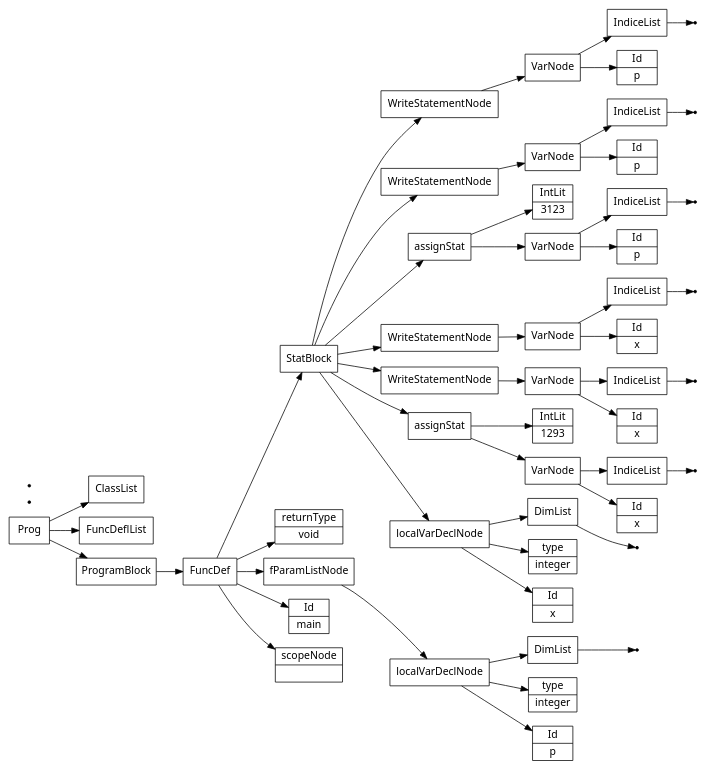
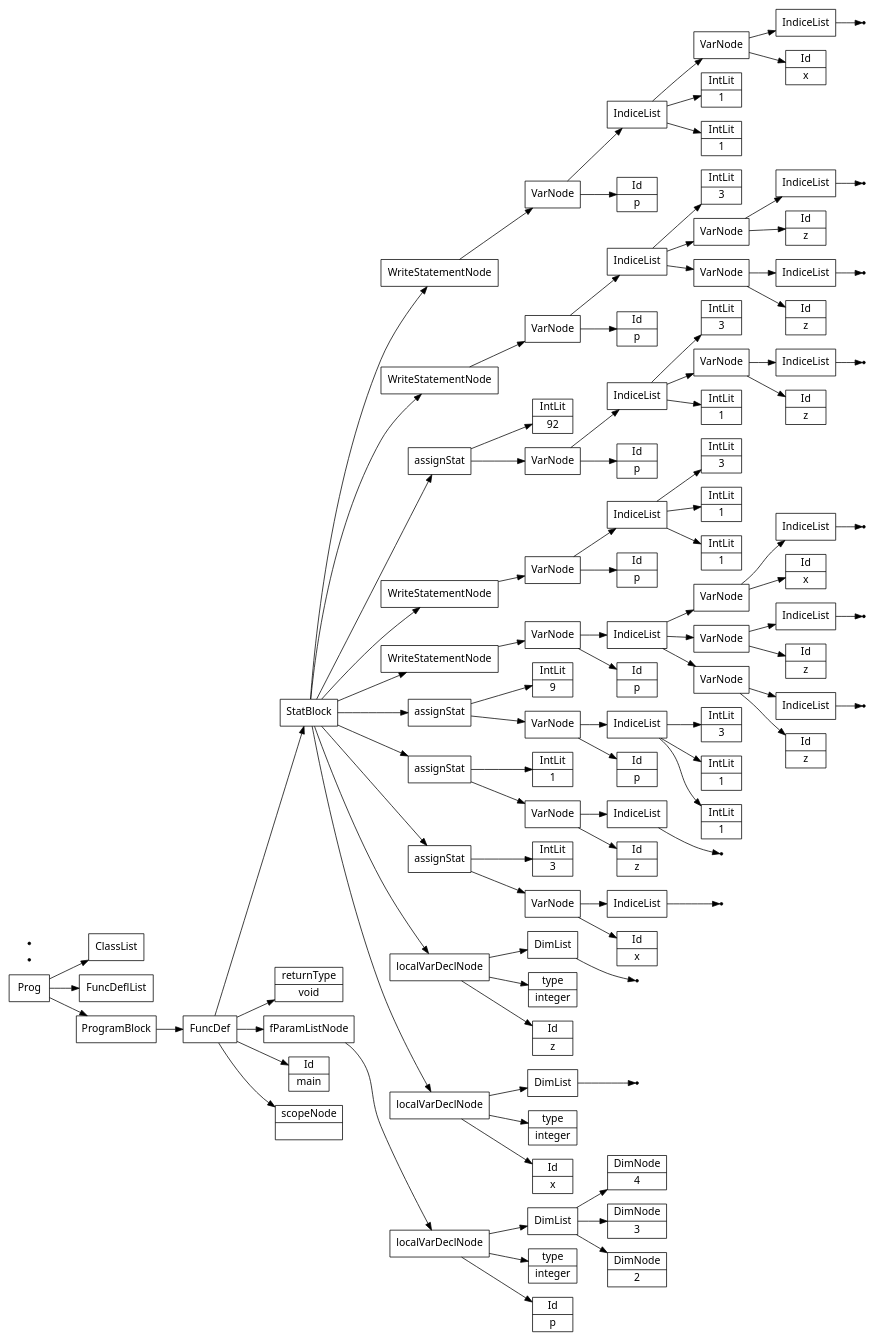
The diagram in files/semantictests/testc.src.ast.dot (Saf1u/Kompiler), drawn with Graphviz before and after one commit. The commit also changed 8 other files, not shown here.

```diff
--- a/files/semantictests/testc.src.ast.dot
+++ b/files/semantictests/testc.src.ast.dot
@@ -4,106 +4,210 @@
 1[label="scopeNode| "];
 3[label="Id|p"];
 4[label="type|integer"];
-none6[shape="point"];
-7[label="DimList"];
-7->none6;
-8[label="localVarDeclNode"];
-8->7;
-8->4;
-8->3;
-9[label="fParamListNode"];
+6[label="DimNode|2"];
+7[label="DimNode|3"];
+8[label="DimNode|4"];
+9[label="DimList"];
 9->8;
-10[label="returnType|void"];
-12[label="Id|x"];
-13[label="type|integer"];
-none15[shape="point"];
-16[label="DimList"];
-16->none15;
-17[label="localVarDeclNode"];
-17->16;
-17->13;
-17->12;
-18[label="Id|x"];
-none20[shape="point"];
-21[label="IndiceList"];
-21->none20;
-22[label="VarNode"];
-22->21;
-22->18;
-23[label="IntLit|1293"];
-24[label="assignStat"];
-24->23;
-24->22;
-25[label="Id|x"];
-none27[shape="point"];
-28[label="IndiceList"];
-28->none27;
-29[label="VarNode"];
-29->28;
-29->25;
-30[label="WriteStatementNode"];
+9->7;
+9->6;
+10[label="localVarDeclNode"];
+10->9;
+10->4;
+10->3;
+11[label="fParamListNode"];
+11->10;
+12[label="returnType|void"];
+14[label="Id|x"];
+15[label="type|integer"];
+none17[shape="point"];
+18[label="DimList"];
+18->none17;
+19[label="localVarDeclNode"];
+19->18;
+19->15;
+19->14;
+20[label="Id|z"];
+21[label="type|integer"];
+none23[shape="point"];
+24[label="DimList"];
+24->none23;
+25[label="localVarDeclNode"];
+25->24;
+25->21;
+25->20;
+26[label="Id|x"];
+none28[shape="point"];
+29[label="IndiceList"];
+29->none28;
+30[label="VarNode"];
 30->29;
-31[label="Id|x"];
-none33[shape="point"];
-34[label="IndiceList"];
-34->none33;
-35[label="VarNode"];
-35->34;
-35->31;
-36[label="WriteStatementNode"];
-36->35;
-37[label="Id|p"];
-none39[shape="point"];
-40[label="IndiceList"];
-40->none39;
-41[label="VarNode"];
-41->40;
-41->37;
-42[label="IntLit|3123"];
-43[label="assignStat"];
-43->42;
-43->41;
-44[label="Id|p"];
-none46[shape="point"];
-47[label="IndiceList"];
-47->none46;
-48[label="VarNode"];
+30->26;
+31[label="IntLit|3"];
+32[label="assignStat"];
+32->31;
+32->30;
+33[label="Id|z"];
+none35[shape="point"];
+36[label="IndiceList"];
+36->none35;
+37[label="VarNode"];
+37->36;
+37->33;
+38[label="IntLit|1"];
+39[label="assignStat"];
+39->38;
+39->37;
+40[label="Id|p"];
+42[label="IntLit|1"];
+43[label="IntLit|1"];
+44[label="IntLit|3"];
+45[label="IndiceList"];
+45->44;
+45->43;
+45->42;
+46[label="VarNode"];
+46->45;
+46->40;
+47[label="IntLit|9"];
+48[label="assignStat"];
 48->47;
-48->44;
-49[label="WriteStatementNode"];
-49->48;
-50[label="Id|p"];
-none52[shape="point"];
-53[label="IndiceList"];
-53->none52;
-54[label="VarNode"];
-54->53;
-54->50;
-55[label="WriteStatementNode"];
+48->46;
+49[label="Id|p"];
+51[label="Id|z"];
+none53[shape="point"];
+54[label="IndiceList"];
+54->none53;
+55[label="VarNode"];
 55->54;
-56[label="StatBlock"];
-56->55;
-56->49;
-56->43;
-56->36;
-56->30;
-56->24;
-56->17;
-57[label="FuncDef"];
+55->51;
+56[label="Id|z"];
+none58[shape="point"];
+59[label="IndiceList"];
+59->none58;
+60[label="VarNode"];
+60->59;
+60->56;
+61[label="Id|x"];
+none63[shape="point"];
+64[label="IndiceList"];
+64->none63;
+65[label="VarNode"];
+65->64;
+65->61;
+66[label="IndiceList"];
+66->65;
+66->60;
+66->55;
+67[label="VarNode"];
+67->66;
+67->49;
+68[label="WriteStatementNode"];
+68->67;
+69[label="Id|p"];
+71[label="IntLit|1"];
+72[label="IntLit|1"];
+73[label="IntLit|3"];
+74[label="IndiceList"];
+74->73;
+74->72;
+74->71;
+75[label="VarNode"];
+75->74;
+75->69;
+76[label="WriteStatementNode"];
+76->75;
+77[label="Id|p"];
+79[label="IntLit|1"];
+80[label="Id|z"];
+none82[shape="point"];
+83[label="IndiceList"];
+83->none82;
+84[label="VarNode"];
+84->83;
+84->80;
+85[label="IntLit|3"];
+86[label="IndiceList"];
+86->85;
+86->84;
+86->79;
+87[label="VarNode"];
+87->86;
+87->77;
+88[label="IntLit|92"];
+89[label="assignStat"];
+89->88;
+89->87;
+90[label="Id|p"];
+92[label="Id|z"];
+none94[shape="point"];
+95[label="IndiceList"];
+95->none94;
+96[label="VarNode"];
+96->95;
+96->92;
+97[label="Id|z"];
+none99[shape="point"];
+100[label="IndiceList"];
+100->none99;
+101[label="VarNode"];
+101->100;
+101->97;
+102[label="IntLit|3"];
+103[label="IndiceList"];
+103->102;
+103->101;
+103->96;
+104[label="VarNode"];
+104->103;
+104->90;
+105[label="WriteStatementNode"];
+105->104;
+106[label="Id|p"];
+108[label="IntLit|1"];
+109[label="IntLit|1"];
+110[label="Id|x"];
+none112[shape="point"];
+113[label="IndiceList"];
+113->none112;
+114[label="VarNode"];
+114->113;
+114->110;
+115[label="IndiceList"];
+115->114;
+115->109;
+115->108;
+116[label="VarNode"];
+116->115;
+116->106;
+117[label="WriteStatementNode"];
+117->116;
+118[label="StatBlock"];
+118->117;
+118->105;
+118->89;
+118->76;
+118->68;
+118->48;
+118->39;
+118->32;
+118->25;
+118->19;
+119[label="FuncDef"];
 0[label="Id|main"];
-57->56;
-57->10;
-57->9;
-57->0;
-57->1;
-58[label="ClassList"];
-59[label="FuncDeflList"];
-60[label="Prog"];
-61[label="ProgramBlock"];
-61->57;
-none62[shape="point"];
-none63[shape="point"];
-60->58;
-60->59;
-60->61;
+119->118;
+119->12;
+119->11;
+119->0;
+119->1;
+120[label="ClassList"];
+121[label="FuncDeflList"];
+122[label="Prog"];
+123[label="ProgramBlock"];
+123->119;
+none124[shape="point"];
+none125[shape="point"];
+122->120;
+122->121;
+122->123;
 }
```
